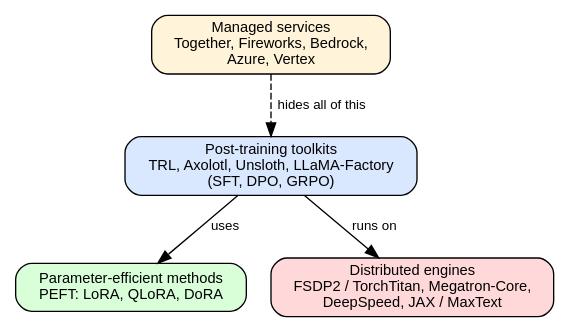
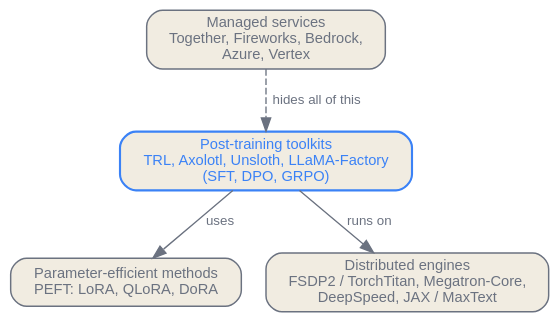
Before and after one commit to latere-ai/ai-as-an-infrastructure: the first of 2 diagrams in en/p10-practical/40-training-finetuning-practice.qmd, drawn with Graphviz. The commit also changed 186 other files, not shown here.

First line of the commit message:
book: visual audit pass on all diagrams and figures

````diff
--- a/en/p10-practical/40-training-finetuning-practice.qmd
+++ b/en/p10-practical/40-training-finetuning-practice.qmd
@@ -31,18 +31,19 @@
 ```{dot}
 //| label: fig-training-layers
 //| fig-cap: "The three sub-layers of the training and fine-tuning stack in 2026. Most teams touch only the middle row; the engines sit underneath, the managed services replace all three."
 digraph layers {
   rankdir=TB;
-  node [shape=box, style="rounded,filled", fontname="Helvetica", fontsize=11];
-  edge [fontname="Helvetica", fontsize=10];
+  bgcolor="transparent";
+  node [shape=box, style="rounded,filled", fontname="Helvetica", fontsize=11, color="#6b7280", fontcolor="#6b7280", fillcolor="#f1ece1", penwidth=1.1];
+  edge [fontname="Helvetica", fontsize=10, color="#6b7280", fontcolor="#6b7280"];
 
-  toolkit [label="Post-training toolkits\nTRL, Axolotl, Unsloth, LLaMA-Factory\n(SFT, DPO, GRPO)", fillcolor="#d9e8ff"];
-  peft [label="Parameter-efficient methods\nPEFT: LoRA, QLoRA, DoRA", fillcolor="#d9ffd9"];
-  engine [label="Distributed engines\nFSDP2 / TorchTitan, Megatron-Core,\nDeepSpeed, JAX / MaxText", fillcolor="#ffd9d9"];
-  managed [label="Managed services\nTogether, Fireworks, Bedrock,\nAzure, Vertex", fillcolor="#fff4d9"];
+  toolkit [label="Post-training toolkits\nTRL, Axolotl, Unsloth, LLaMA-Factory\n(SFT, DPO, GRPO)", color="#3b82f6", fontcolor="#3b82f6", penwidth=1.6];
+  peft [label="Parameter-efficient methods\nPEFT: LoRA, QLoRA, DoRA"];
+  engine [label="Distributed engines\nFSDP2 / TorchTitan, Megatron-Core,\nDeepSpeed, JAX / MaxText"];
+  managed [label="Managed services\nTogether, Fireworks, Bedrock,\nAzure, Vertex"];
 
   toolkit -> peft [label="uses"];
   toolkit -> engine [label="runs on"];
   managed -> toolkit [label="hides all of this", style=dashed];
 }
 ```
````
